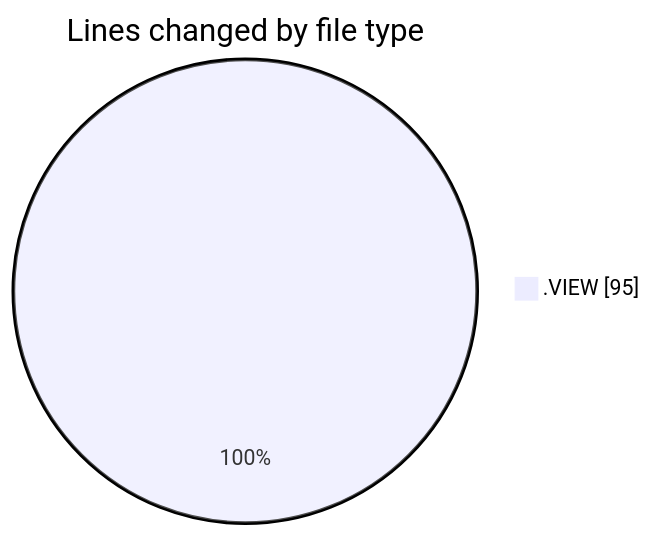
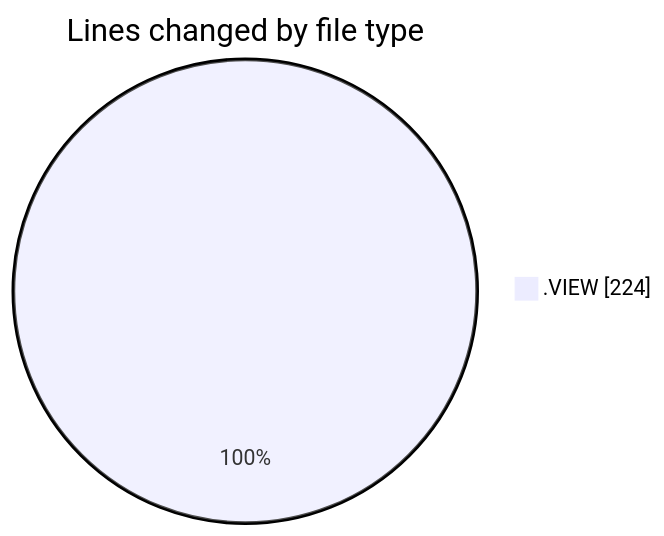
Before and after one commit to ricardozamudiocil/code-tracking: the first of 2 diagrams in 2026-04-07/objetosbd/README.md, drawn with Mermaid. The commit also changed other lines of this file and 1 other file, not shown here.

````diff
--- a/2026-04-07/objetosbd/README.md
+++ b/2026-04-07/objetosbd/README.md
@@ -20,5 +21,5 @@
 ```mermaid
 pie showData
 title Lines changed by file type
-".VIEW" : 95
+".VIEW" : 224
 ```
````
